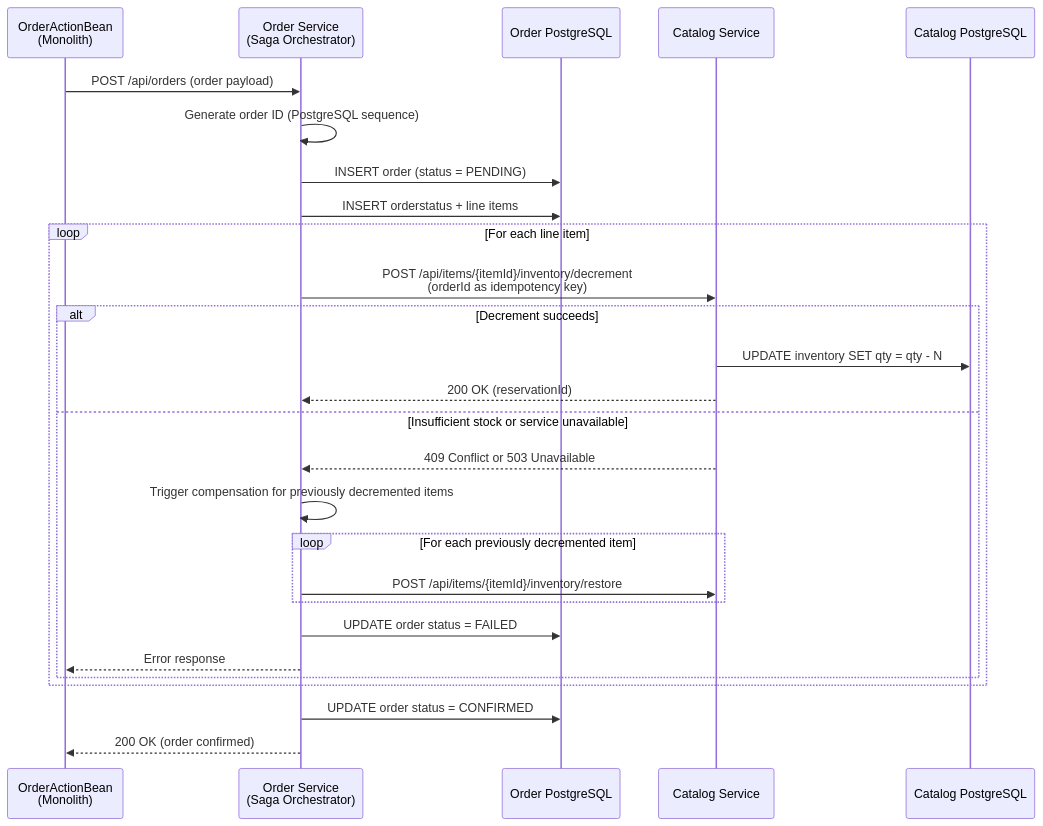
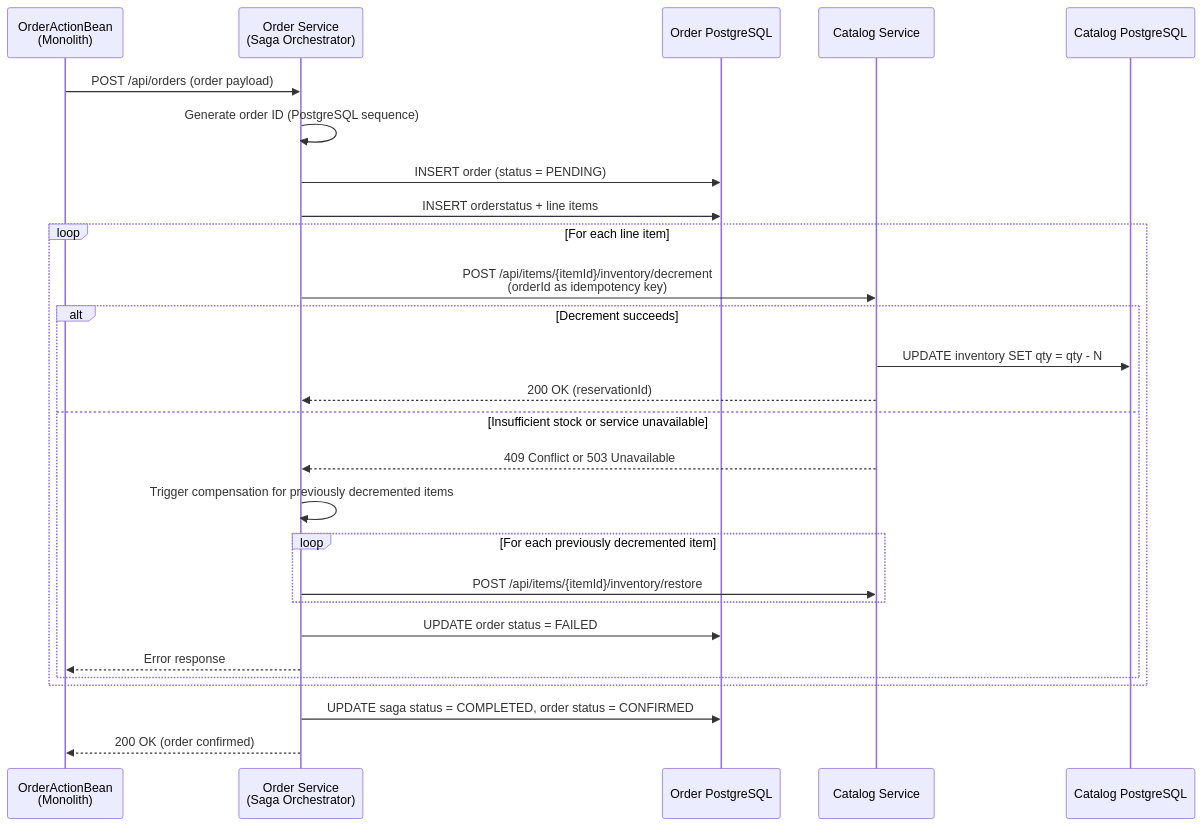
Before and after one commit to blitzy-public-samples/blitzy-jpetstore-6: the fifth of 8 diagrams in docs/architecture.md, drawn with Mermaid. The commit also changed other lines of this file and 4 other files, not shown here.

````diff
--- a/docs/architecture.md
+++ b/docs/architecture.md
@@ -571,32 +559,32 @@
 ```mermaid
 sequenceDiagram
     participant AB as OrderActionBean<br/>(Monolith)
     participant OS as Order Service<br/>(Saga Orchestrator)
     participant ODB as Order PostgreSQL
     participant CS as Catalog Service
     participant CDB as Catalog PostgreSQL
 
     AB->>OS: POST /api/orders (order payload)
     OS->>OS: Generate order ID (PostgreSQL sequence)
     OS->>ODB: INSERT order (status = PENDING)
     OS->>ODB: INSERT orderstatus + line items
 
     loop For each line item
         OS->>CS: POST /api/items/{itemId}/inventory/decrement<br/>(orderId as idempotency key)
         alt Decrement succeeds
             CS->>CDB: UPDATE inventory SET qty = qty - N
             CS-->>OS: 200 OK (reservationId)
         else Insufficient stock or service unavailable
             CS-->>OS: 409 Conflict or 503 Unavailable
             OS->>OS: Trigger compensation for previously decremented items
             loop For each previously decremented item
                 OS->>CS: POST /api/items/{itemId}/inventory/restore
             end
             OS->>ODB: UPDATE order status = FAILED
             OS-->>AB: Error response
         end
     end
 
-    OS->>ODB: UPDATE order status = CONFIRMED
+    OS->>ODB: UPDATE saga status = COMPLETED, order status = CONFIRMED
     OS-->>AB: 200 OK (order confirmed)
 ```
````
